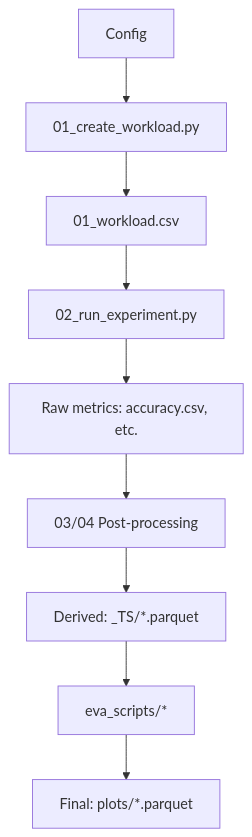
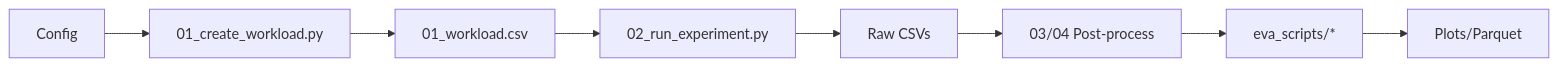
Before and after one commit to jgonsior/olympic-games-of-active-learning: the diagram in docs/personas/understand_codebase.md, drawn with Mermaid. The commit also changed other lines of this file and 7 other files, not shown here.

````diff
--- a/docs/personas/understand_codebase.md
+++ b/docs/personas/understand_codebase.md
@@ -22,11 +9,10 @@
 ```mermaid
-flowchart TD
+flowchart LR
     CFG[Config] --> GRID[01_create_workload.py]
     GRID --> WL[01_workload.csv]
     WL --> RUN[02_run_experiment.py]
-    RUN --> RAW[Raw metrics: accuracy.csv, etc.]
-    RAW --> POST[03/04 Post-processing]
-    POST --> DER[Derived: _TS/*.parquet]
-    DER --> EVA[eva_scripts/*]
-    EVA --> ART[Final: plots/*.parquet]
+    RUN --> RAW[Raw CSVs]
+    RAW --> POST[03/04 Post-process]
+    POST --> EVA[eva_scripts/*]
+    EVA --> ART[Plots/Parquet]
 ```
````
